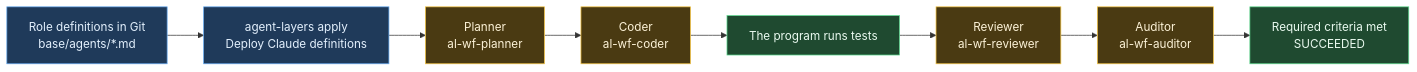
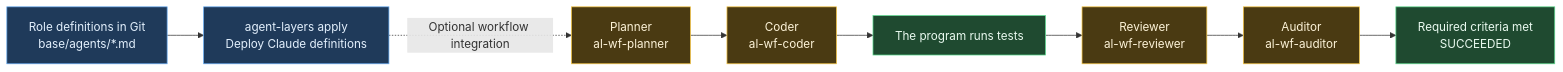
One commit to dongple-ex/agent-layers changed the diagram in docs/WORKFLOW-ROLES.en.md. Above: the diagram before and after it, drawn with Mermaid. The commit also changed other lines of this file and 7 other files, not shown here.

````diff
--- a/docs/WORKFLOW-ROLES.en.md
+++ b/docs/WORKFLOW-ROLES.en.md
@@ -39,18 +41,18 @@
 ```mermaid
 flowchart LR
   S["Role definitions in Git<br/>base/agents/*.md"] --> A["agent-layers apply<br/>Deploy Claude definitions"]
-  A --> P["Planner<br/>al-wf-planner"]
+  A -. "Optional workflow integration" .-> P["Planner<br/>al-wf-planner"]
   P --> C["Coder<br/>al-wf-coder"]
   C --> T["The program runs tests"]
   T --> R["Reviewer<br/>al-wf-reviewer"]
   R --> U["Auditor<br/>al-wf-auditor"]
   U --> D["Required criteria met<br/>SUCCEEDED"]
   style S fill:#1f3a5a,stroke:#63a8f0,color:#e3f0fd
   style A fill:#1f3a5a,stroke:#63a8f0,color:#e3f0fd
   style P fill:#4a3a12,stroke:#f5c542,color:#fdf3d8
   style C fill:#4a3a12,stroke:#f5c542,color:#fdf3d8
   style T fill:#1f4a30,stroke:#5ddb8f,color:#eafaf0
   style R fill:#4a3a12,stroke:#f5c542,color:#fdf3d8
   style U fill:#4a3a12,stroke:#f5c542,color:#fdf3d8
   style D fill:#1f4a30,stroke:#5ddb8f,color:#eafaf0
 ```
````
